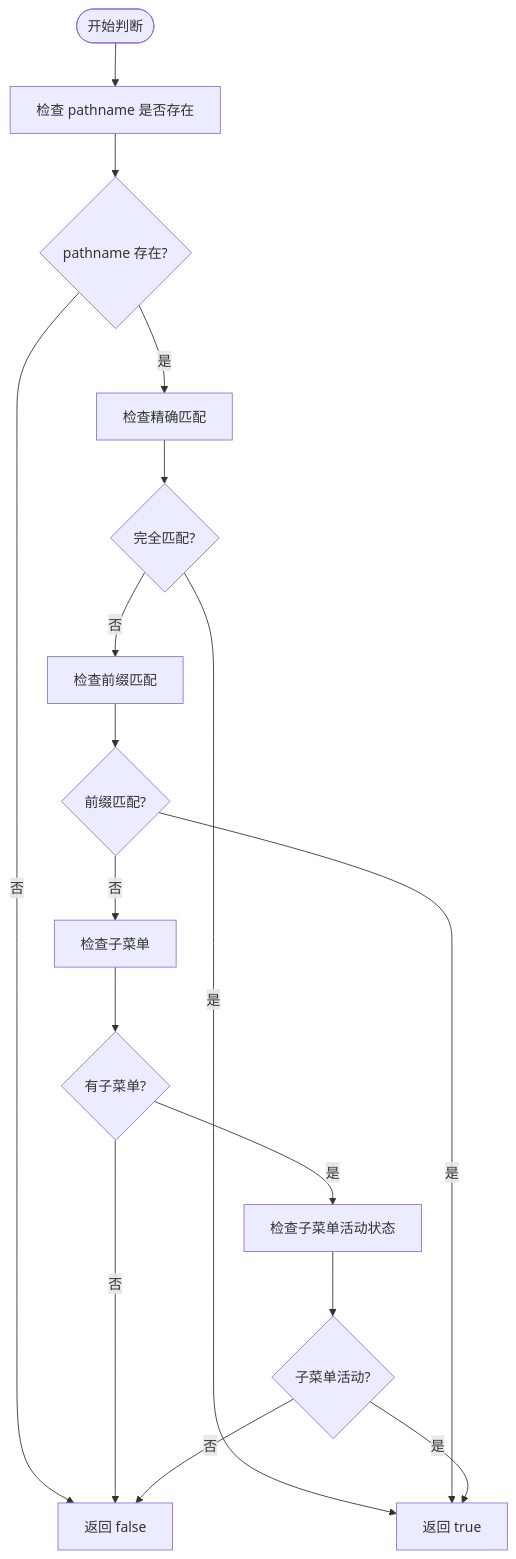
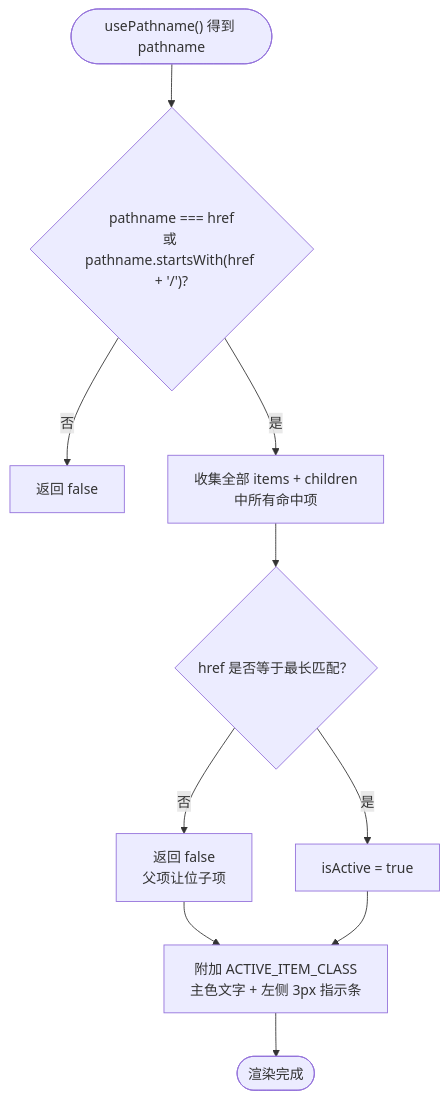
Before and after one commit to x01n/My-OpenWaf: the fourth of 7 diagrams in docs/前端管理界面/组件设计模式/导航组件.md, drawn with Mermaid. The commit also changed other lines of this file and 622 other files, not shown here.

````diff
--- a/docs/前端管理界面/组件设计模式/导航组件.md
+++ b/docs/前端管理界面/组件设计模式/导航组件.md
@@ -206,19 +326,12 @@
 ```mermaid
 flowchart TD
-Start([开始判断]) --> CheckPathname["检查 pathname 是否存在"]
-CheckPathname --> PathnameExists{"pathname 存在?"}
-PathnameExists --> |否| ReturnFalse["返回 false"]
-PathnameExists --> |是| CheckExact["检查精确匹配"]
-CheckExact --> ExactMatch{"完全匹配?"}
-ExactMatch --> |是| ReturnTrue["返回 true"]
-ExactMatch --> |否| CheckPrefix["检查前缀匹配"]
-CheckPrefix --> PrefixMatch{"前缀匹配?"}
-PrefixMatch --> |是| ReturnTrue
-PrefixMatch --> |否| CheckChildren["检查子菜单"]
-CheckChildren --> HasChildren{"有子菜单?"}
-HasChildren --> |否| ReturnFalse
-HasChildren --> |是| CheckChildActive["检查子菜单活动状态"]
-CheckChildActive --> ChildActive{"子菜单活动?"}
-ChildActive --> |是| ReturnTrue
-ChildActive --> |否| ReturnFalse
+  S(["usePathname() 得到 pathname"]) --> P{"pathname === href<br/>或 pathname.startsWith(href + '/')?"}
+  P --> |否| NO["返回 false"]
+  P --> |是| COLL["收集全部 items + children<br/>中所有命中项"]
+  COLL --> LONG{"href 是否等于最长匹配？"}
+  LONG --> |是| YES["isActive = true"]
+  LONG --> |否| NO2["返回 false<br/>父项让位子项"]
+  NO2 --> NOTE1
+  YES --> NOTE1["附加 ACTIVE_ITEM_CLASS<br/>主色文字 + 左侧 3px 指示条"]
+  NOTE1 --> END(["渲染完成"])
 ```
````
